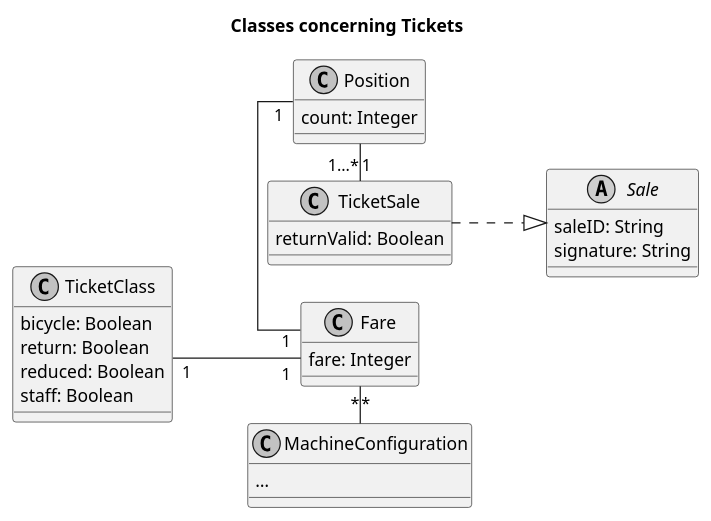
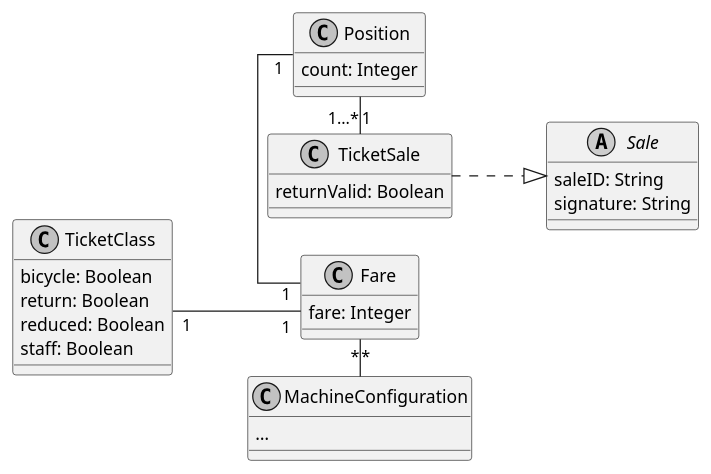
One commit to FerryTix/diagrams changed the diagram in src/class_tickets.puml. Above: the diagram before and after it, drawn with PlantUML. The commit also changed 3 other files, not shown here.

Commit message:
remove title, add class diagram concerning payments

```diff
--- a/src/class_tickets.puml
+++ b/src/class_tickets.puml
@@ -1,69 +1,69 @@
 @startuml
 skinparam linetype ortho
 left to right direction
 skinparam nodesep 30
-title: Classes concerning Tickets
+'title: Classes concerning Tickets
 skinparam monochrome true
 
 class TicketSale {
     returnValid: Boolean
     ' from: MachineLocation
     'positions: [Position]
 }
 
 class Position {
     ' fare: Fare
     count: Integer
 }
 
 Position "1" - "1" Fare
 Position "1…*" - "1" TicketSale
 
 'TicketSale "1" -- "1" Payment
 
 class TicketClass {
     bicycle: Boolean
     return: Boolean
     reduced: Boolean
     staff: Boolean
 }
 
 abstract class Sale {
     saleID: String
     'signedBy: VendingMachine
     signature: String
     'payment: Payment
 }
 
 TicketSale ..|> Sale
 'Sale "*" - "1" VendingMachine
 
 class MachineConfiguration {
     'forMachine: VendingMachine
     ' maxBicycles: Integer
     ' maxBicyclesTolerance: Integer
     ' maxPassengers: Integer
     ' maxPassengersTolerance: Integer
     'fares: [Fare]
     …
 }
 
 'MachineConfiguration "1" - "1…*" VendingMachine
 MachineConfiguration "*" -up "*" Fare
 
 class Fare {
     ' ticketClass: TicketClass
     fare: Integer
 }
 
 TicketClass "1" -- "1" Fare
 
 ' enum MachineCommand {
 '     setSignalRed
 '     setSignalGreen
 '     stopVending
 '     startVending
 ' }
 
 
 @enduml
```
